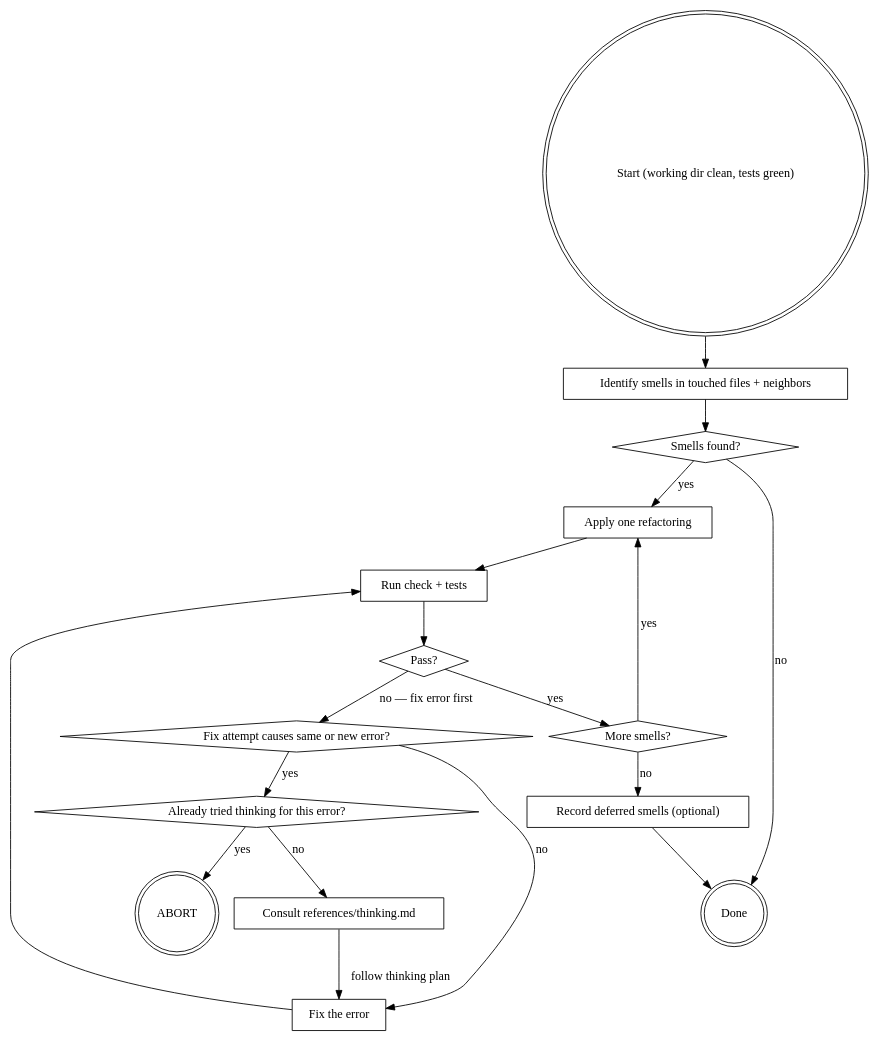
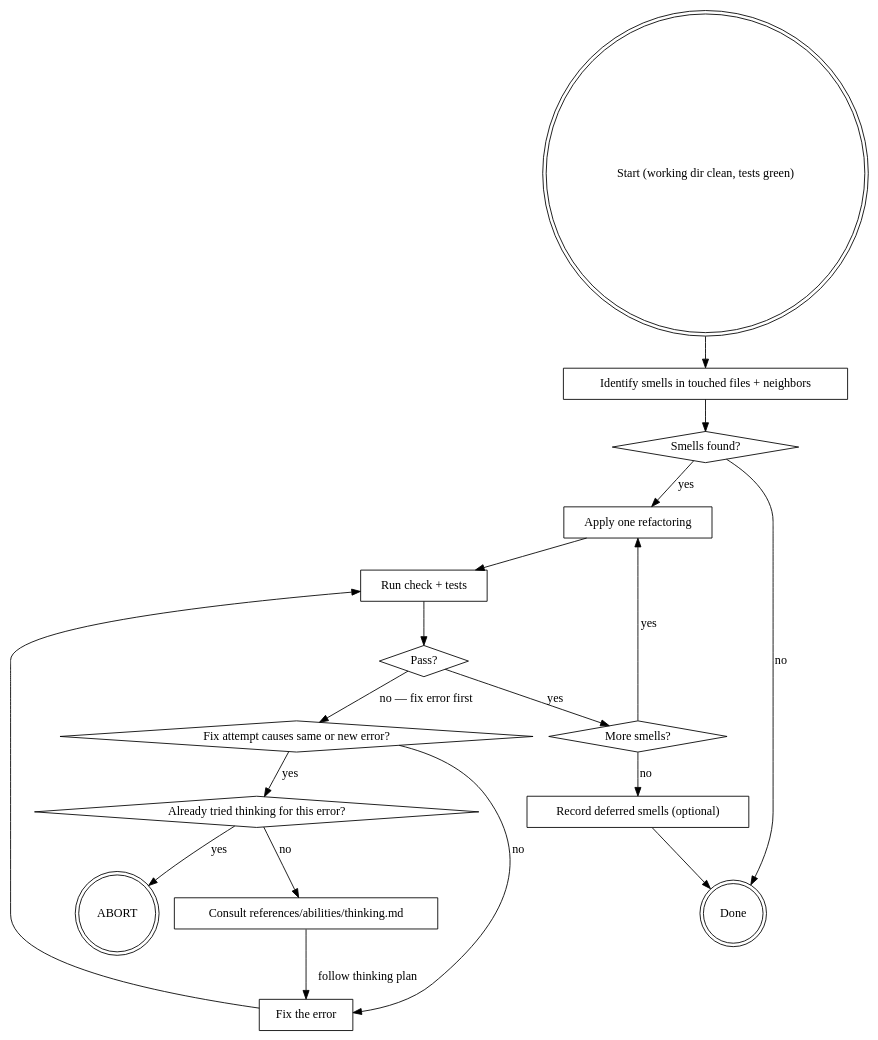
The diagram in developer/skills/ailly/references/abilities/refactor.md (DavidSouther/domain-driven-design), drawn with Graphviz before and after one commit. The commit also changed other lines of this file and 26 other files, not shown here.

````diff
--- a/developer/skills/ailly/references/abilities/refactor.md
+++ b/developer/skills/ailly/references/abilities/refactor.md
@@ -72,36 +72,36 @@
 ```dot
 digraph refactor {
     start [shape=doublecircle label="Start (working dir clean, tests green)"];
     identify [shape=box label="Identify smells in touched files + neighbors"];
     smells_found [shape=diamond label="Smells found?"];
     apply [shape=box label="Apply one refactoring"];
     run_checks [shape=box label="Run check + tests"];
     pass [shape=diamond label="Pass?"];
     fix_causes_error [shape=diamond label="Fix attempt causes same or new error?"];
     tried_thinking [shape=diamond label="Already tried thinking for this error?"];
-    invoke_thinking [shape=box label="Consult references/thinking.md"];
+    invoke_thinking [shape=box label="Consult references/abilities/thinking.md"];
     abort [shape=doublecircle label="ABORT"];
     fix_error [shape=box label="Fix the error"];
     more_smells [shape=diamond label="More smells?"];
     record_deferred [shape=box label="Record deferred smells (optional)"];
     done [shape=doublecircle label="Done"];
 
     start -> identify;
     identify -> smells_found;
     smells_found -> apply [label="yes"];
     smells_found -> done [label="no"];
     apply -> run_checks;
     run_checks -> pass;
     pass -> more_smells [label="yes"];
     pass -> fix_causes_error [label="no — fix error first"];
     fix_causes_error -> tried_thinking [label="yes"];
     fix_causes_error -> fix_error [label="no"];
     tried_thinking -> abort [label="yes"];
     tried_thinking -> invoke_thinking [label="no"];
     invoke_thinking -> fix_error [label="follow thinking plan"];
     fix_error -> run_checks;
     more_smells -> apply [label="yes"];
     more_smells -> record_deferred [label="no"];
     record_deferred -> done;
 }
 ```
````
